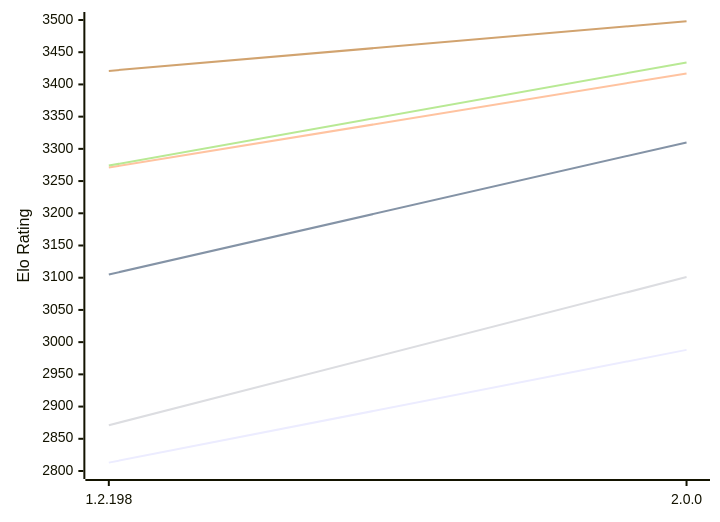
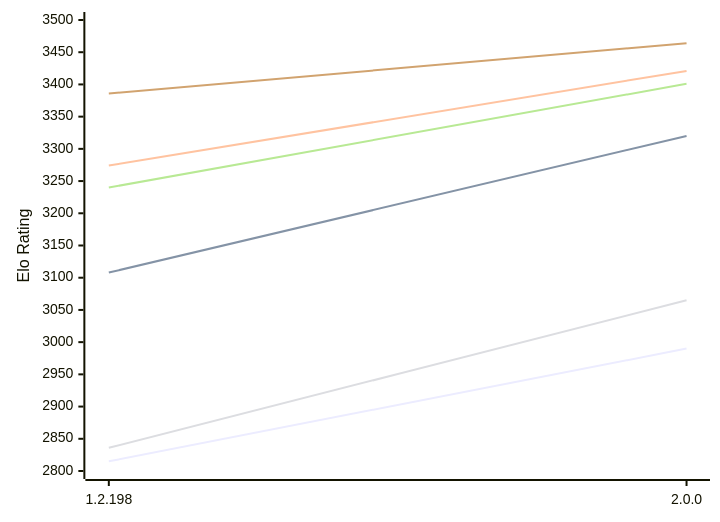
Before and after one commit to computer-chess-index/cci: the diagram in engines/Zenith.md, drawn with Mermaid. The commit also changed other lines of this file, not shown here.

Commit message:
Update CCI Ratings (ELO VLTC) - 2026-10-23

````diff
--- a/engines/Zenith.md
+++ b/engines/Zenith.md
@@ -49,12 +49,12 @@
 ```mermaid
 %%{init: {"theme":"base","themeVariables":{"seriesColors:['#a3a3a3','#222221','#faa371']}}}%%
 xychart-beta
   x-axis ["1.2.198", "2.0.0"]
   y-axis "Elo Rating" 2800 --> 3500
-  line "E1: STC (8.0+0.08s)" [2813, 2988]
-  line "E1: LTC (60.0+0.60s)" [3105, 3310]
-  line "E1: VLTC (2m24s+1.12s)" [3271, 3417]
-  line "P1: STC (8.0+0.08s)" [2871, 3101]
-  line "P1: LTC (60.0+0.60s)" [3274, 3434]
-  line "P1: VLTC (2m24s+1.12s)" [3421, 3498]
+  line "E1: STC (8.0+0.08s)" [2815, 2990]
+  line "E1: LTC (60.0+0.60s)" [3108, 3320]
+  line "E1: VLTC (2m24s+1.12s)" [3274, 3421]
+  line "P1: STC (8.0+0.08s)" [2836, 3065]
+  line "P1: LTC (60.0+0.60s)" [3240, 3401]
+  line "P1: VLTC (2m24s+1.12s)" [3386, 3464]
 ```
````
